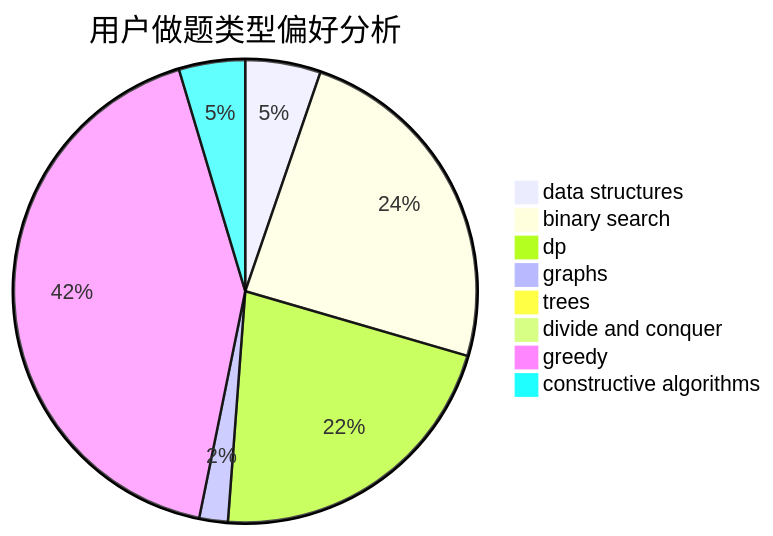
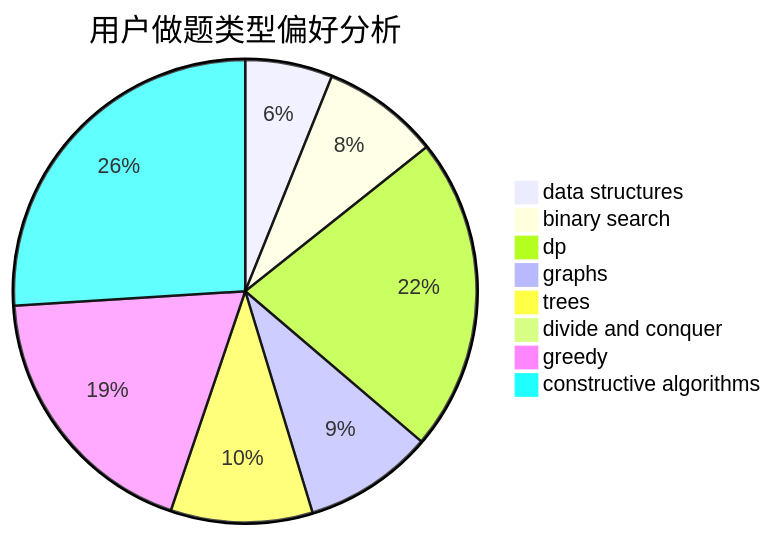
One commit to sherpahu/cfrs.github.io changed the second of 3 diagrams in docs/user/u1974.md. Above: the diagram before and after it, drawn with Mermaid. The commit also changed other lines of this file and 2770 other files, not shown here.

````diff
--- a/docs/user/u1974.md
+++ b/docs/user/u1974.md
@@ -23,11 +23,11 @@
 ```mermaid
 pie title 用户做题类型偏好分析
-    "data structures" :  66
-    "binary search" :  304
-    "dp" :  272
-    "graphs" :  25
-    "trees" :  9
+    "data structures" :  72
+    "binary search" :  97
+    "dp" :  259
+    "graphs" :  107
+    "trees" :  117
     "divide and conquer" :  0
-    "greedy" :  529
-    "constructive algorithms" :  58
+    "greedy" :  222
+    "constructive algorithms" :  307
 ```
````
